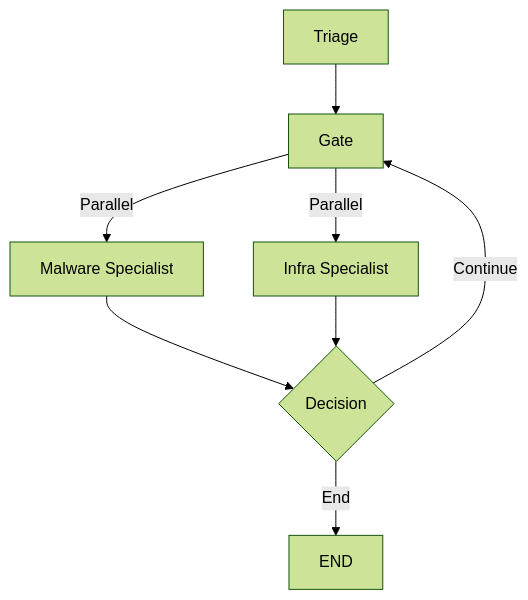
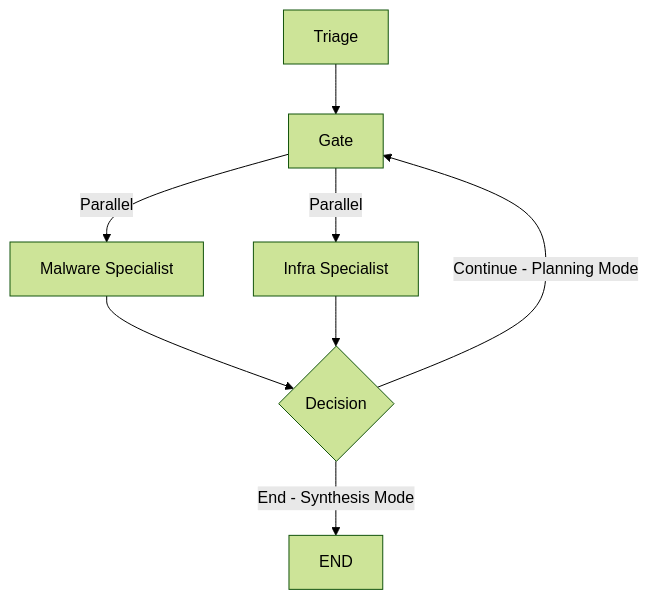
Before and after one commit to repulsivityy/project_harimau: the diagram in docs/agent_implementation.md, drawn with Mermaid (forest theme). The commit also changed other lines of this file and 10 other files, not shown here.

````diff
--- a/docs/agent_implementation.md
+++ b/docs/agent_implementation.md
@@ -364,11 +446,11 @@
 ```mermaid
 graph TD
     Triage --> Gate
     Gate -->|Parallel| Malware[Malware Specialist]
     Gate -->|Parallel| Infra[Infra Specialist]
     Malware --> LeadHunter
     Infra --> LeadHunter
     LeadHunter{Decision}
-    LeadHunter -->|Continue| Gate
-    LeadHunter -->|End| END
+    LeadHunter -->|Continue - Planning Mode| Gate
+    LeadHunter -->|End - Synthesis Mode| END
 ```
````
